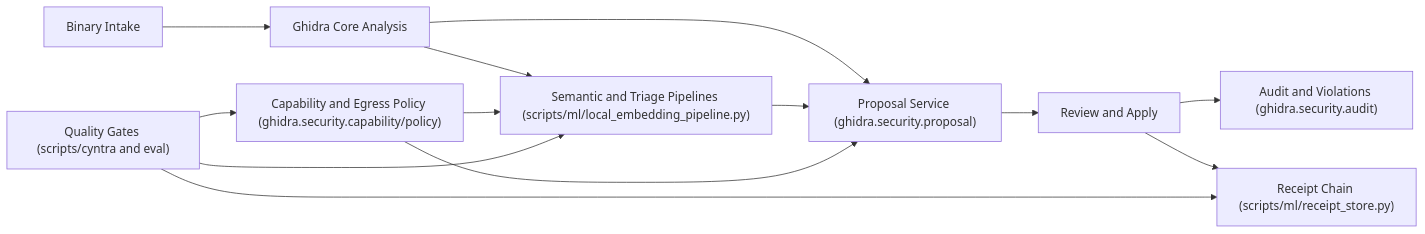
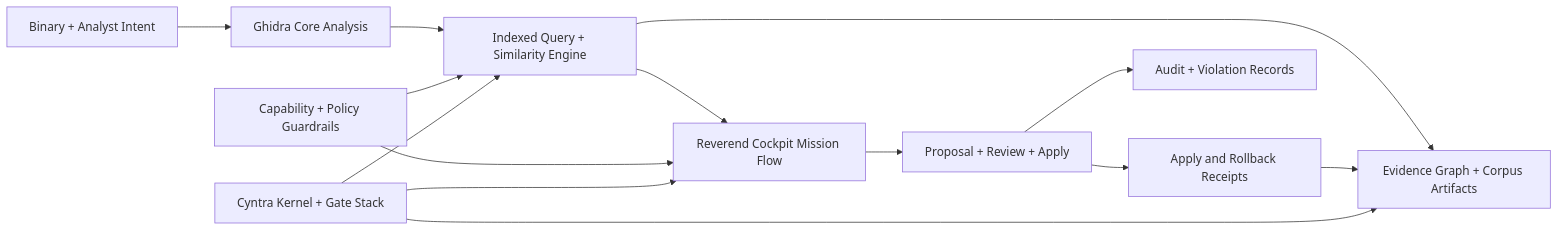
One commit to backbay-labs/reverend changed the diagram in README.md. Above: the diagram before and after it, drawn with Mermaid. The commit also changed other lines of this file and 49 other files, not shown here.

````diff
--- a/README.md
+++ b/README.md
@@ -47,19 +56,20 @@
 ```mermaid
 flowchart LR
-    A["Binary Intake"] --> B["Ghidra Core Analysis"]
-    B --> C["Proposal Service (ghidra.security.proposal)"]
-    C --> D["Review and Apply"]
+  A["Binary + Analyst Intent"] --> B["Ghidra Core Analysis"]
+  B --> C["Indexed Query + Similarity Engine"]
+  C --> D["Reverend Cockpit Mission Flow"]
 
-    D --> E["Audit and Violations (ghidra.security.audit)"]
-    D --> F["Receipt Chain (scripts/ml/receipt_store.py)"]
+  D --> E["Proposal + Review + Apply"]
+  E --> F["Apply and Rollback Receipts"]
+  E --> G["Audit + Violation Records"]
 
-    B --> G["Semantic and Triage Pipelines (scripts/ml/local_embedding_pipeline.py)"]
-    G --> C
+  C --> H["Evidence Graph + Corpus Artifacts"]
+  F --> H
 
-    H["Capability and Egress Policy (ghidra.security.capability/policy)"] --> C
-    H --> G
+  I["Capability + Policy Guardrails"] --> C
+  I --> D
 
-    I["Quality Gates (scripts/cyntra and eval)"] --> H
-    I --> G
-    I --> F
+  J["Cyntra Kernel + Gate Stack"] --> C
+  J --> D
+  J --> H
 ```
````
